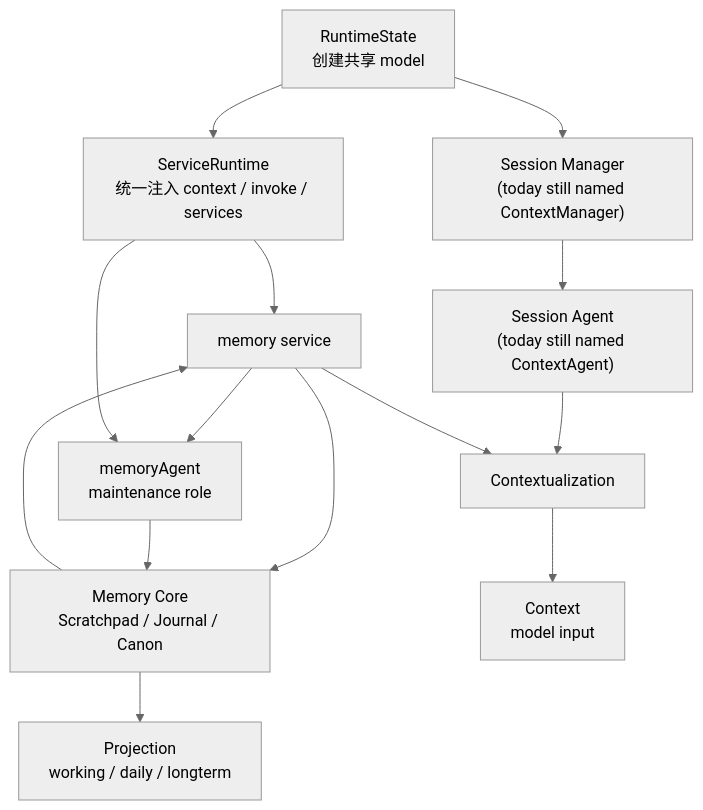
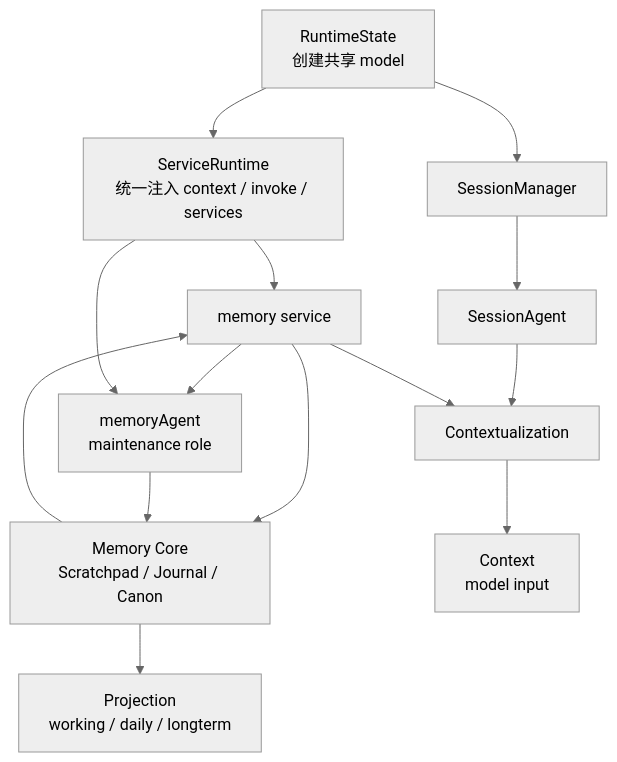
The first of 5 diagrams in homepage/content/devdocs/zh/memory/framework.mdx (wangenius/downcity), drawn with Mermaid (neutral theme) before and after one commit. The commit also changed other lines of this file and 34 other files, not shown here.

````diff
--- a/homepage/content/devdocs/zh/memory/framework.mdx
+++ b/homepage/content/devdocs/zh/memory/framework.mdx
@@ -79,27 +78,27 @@
 ```mermaid
 flowchart TD
   RS["RuntimeState<br/>创建共享 model"]
   SR["ServiceRuntime<br/>统一注入 context / invoke / services"]
-  SM["Session Manager<br/>(today still named ContextManager)"]
-  SA["Session Agent<br/>(today still named ContextAgent)"]
+  SM["SessionManager"]
+  SA["SessionAgent"]
   MS["memory service"]
   MA["memoryAgent<br/>maintenance role"]
   CORE["Memory Core<br/>Scratchpad / Journal / Canon"]
   VIEW["Projection<br/>working / daily / longterm"]
   X["Contextualization"]
   C["Context<br/>model input"]
 
   RS --> SR
   RS --> SM
   SR --> MS
   SM --> SA
   SA --> X
   MS --> X
   X --> C
   MS --> CORE
   MS --> MA
   MA --> CORE
   CORE --> VIEW
   CORE --> MS
   SR --> MA
 ```
````
